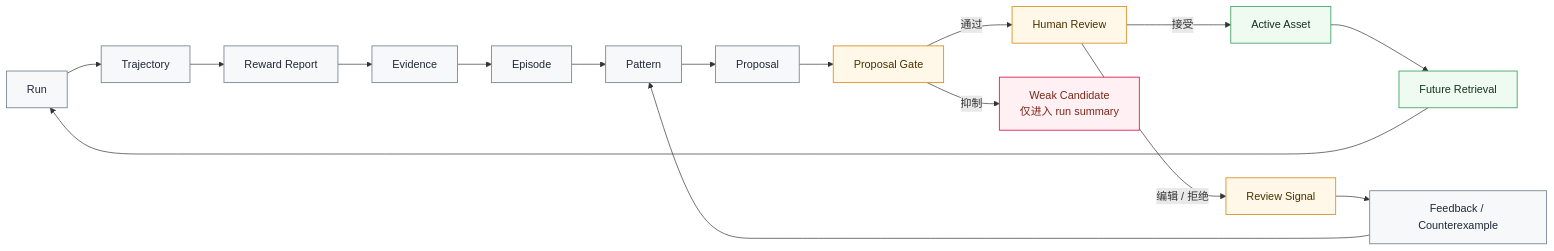
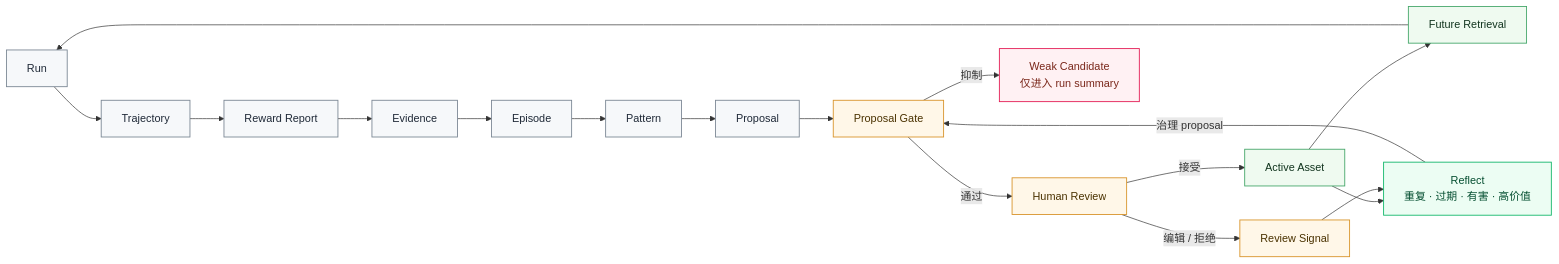
One commit to Praxile-Alpha/Praxile changed the second of 3 diagrams in README.zh-CN.md. Above: the diagram before and after it, drawn with Mermaid. The commit also changed other lines of this file and 17 other files, not shown here.

````diff
--- a/README.zh-CN.md
+++ b/README.zh-CN.md
@@ -128,18 +123,21 @@
 ```mermaid
 flowchart LR
     classDef step fill:#F6F8FA,stroke:#7B8794,color:#1F2937,stroke-width:1.3px;
     classDef gate fill:#FFF7E8,stroke:#D8942A,color:#4A3200,stroke-width:1.3px;
     classDef asset fill:#EFFAF0,stroke:#45A66A,color:#12351F,stroke-width:1.3px;
     classDef weak fill:#FFF1F3,stroke:#E31B54,color:#7A271A,stroke-width:1.3px;
+    classDef reflect fill:#ECFDF3,stroke:#12B76A,color:#054F31,stroke-width:1.3px;
 
     A["Run"]:::step --> B["Trajectory"]:::step --> C["Reward Report"]:::step --> D["Evidence"]:::step --> E["Episode"]:::step --> F["Pattern"]:::step --> G["Proposal"]:::step
     G --> H["Proposal Gate"]:::gate
     H -->|通过| I["Human Review"]:::gate
     H -->|抑制| W["Weak Candidate<br/>仅进入 run summary"]:::weak
     I -->|接受| J["Active Asset"]:::asset
     I -->|编辑 / 拒绝| K["Review Signal"]:::gate
     J --> L["Future Retrieval"]:::asset
-    K --> M["Feedback / Counterexample"]:::step
     L --> A
-    M --> F
+
+    J --> R["Reflect<br/>重复 · 过期 · 有害 · 高价值"]:::reflect
+    K --> R
+    R -->|治理 proposal| H
 ```
````
